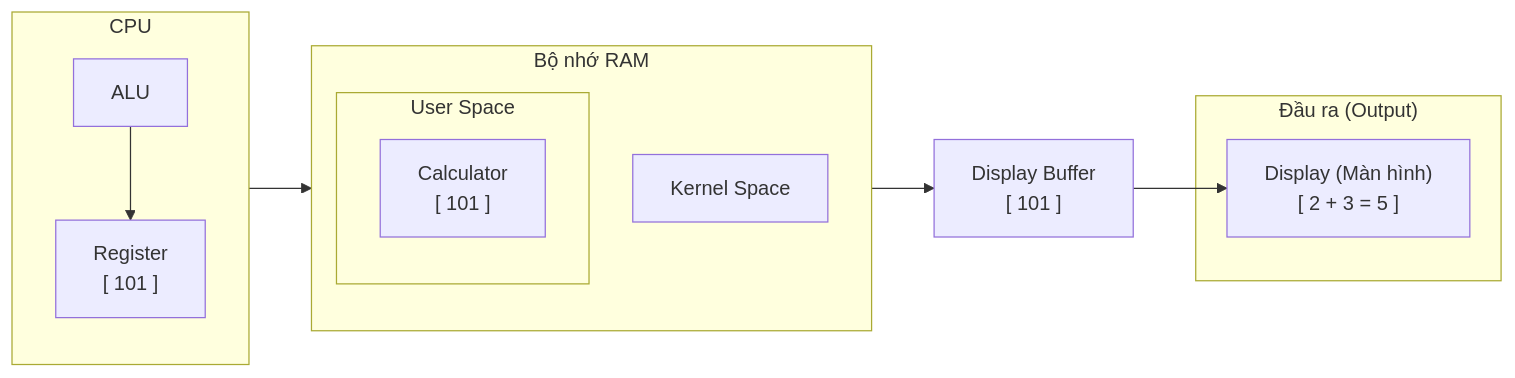
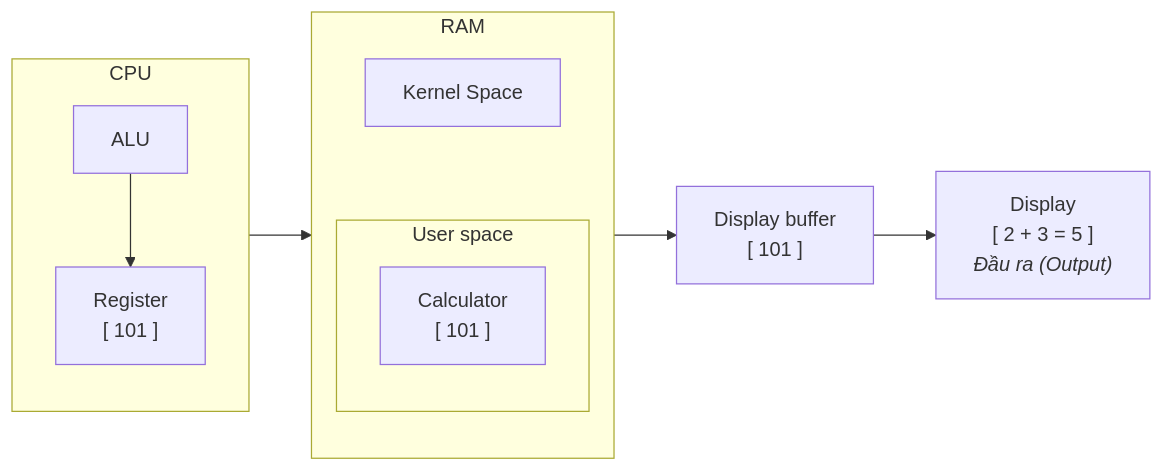
The seventh of 10 diagrams in OperatingSystem/OS_scratch/Concepts_OS/Intro_OS/Lession4.md (Duc-Lee/LLMserving_GPUoptimization), drawn with Mermaid before and after one commit. The commit also changed other lines of this file, not shown here.

````diff
--- a/OperatingSystem/OS_scratch/Concepts_OS/Intro_OS/Lession4.md
+++ b/OperatingSystem/OS_scratch/Concepts_OS/Intro_OS/Lession4.md
@@ -187,27 +174,23 @@
 ```mermaid
 flowchart LR
     subgraph CPU ["CPU"]
         direction TB
+        REG["Register<br/>[ 101 ]"]
         ALU["ALU"]
-        REG["Register<br/>[ 101 ]"]
         ALU --> REG
     end
 
-    subgraph RAM ["Bộ nhớ RAM"]
+    REG --> CALC_RES
+
+    subgraph RAM ["RAM"]
         direction TB
         KS["Kernel Space"]
-        subgraph US ["User Space"]
-            CALC_RAM["Calculator<br/>[ 101 ]"]
+        subgraph US ["User space"]
+            CALC_RES["Calculator<br/>[ 101 ]"]
         end
+        KS ~~~ US
     end
 
-    DISP_BUF["Display Buffer<br/>[ 101 ]"]
-
-    subgraph OUTPUT ["Đầu ra (Output)"]
-        DISP["Display (Màn hình)<br/>[ 2 + 3 = 5 ]"]
-    end
-
-    REG --> CALC_RAM
-    CALC_RAM --> DISP_BUF
-    DISP_BUF --> DISP
+    CALC_RES --> DISP_BUF["Display buffer<br/>[ 101 ]"]
+    DISP_BUF --> OUT_DISP["Display<br/>[ 2 + 3 = 5 ]<br/><i>Đầu ra (Output)</i>"]
 ```
````
